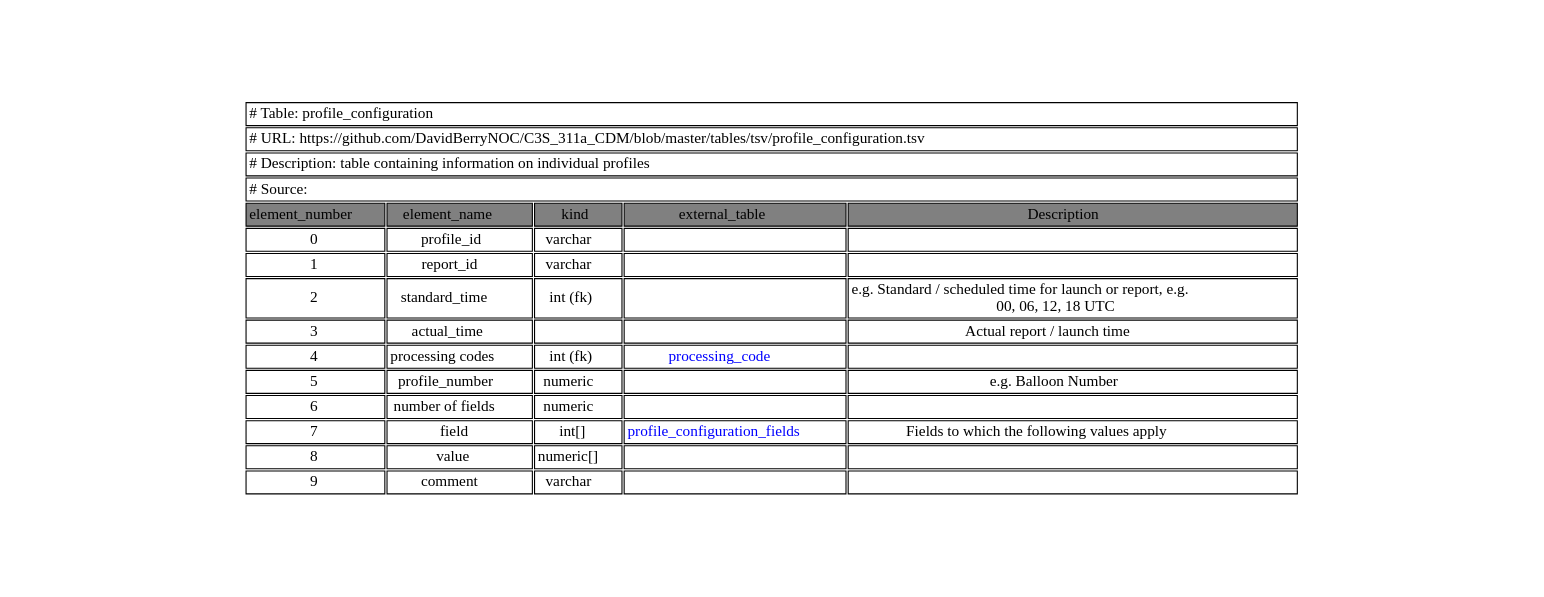
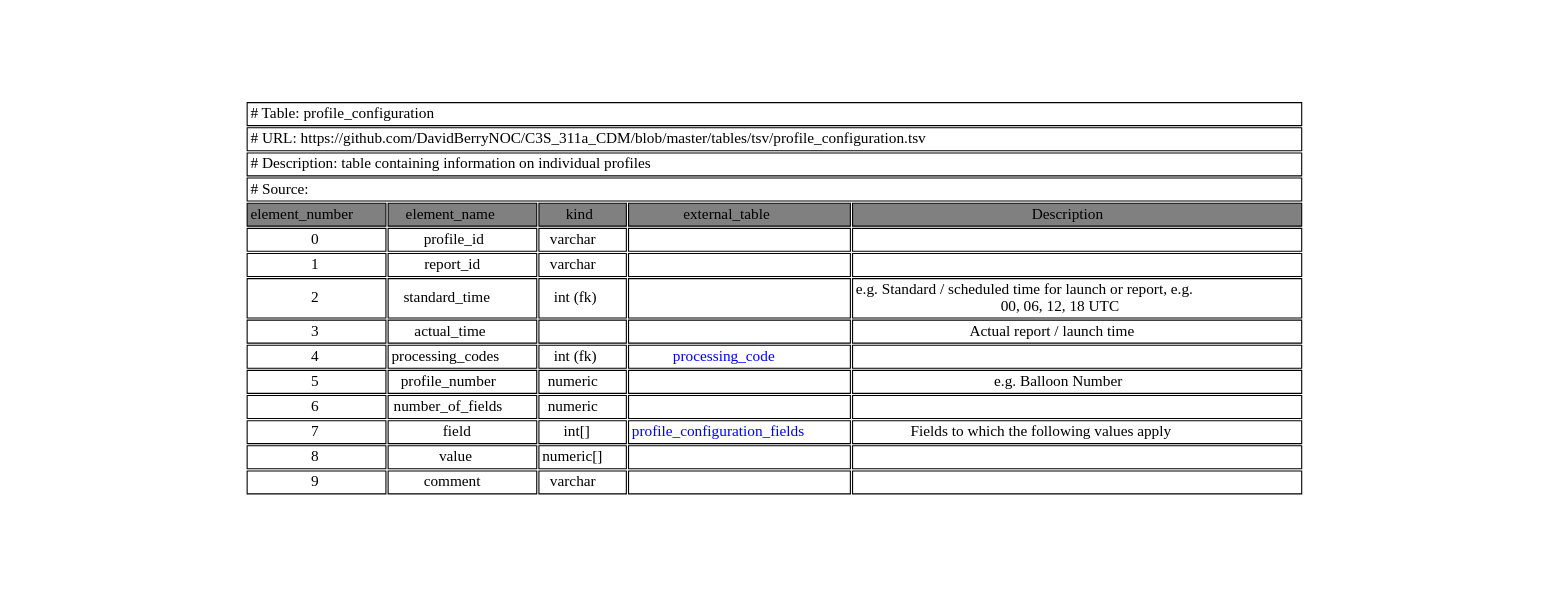
Before and after one commit to glamod/common_data_model: the diagram in graphviz/profile_configuration.gv, drawn with Graphviz. The commit also changed 79 other files, not shown here.

```diff
--- a/graphviz/profile_configuration.gv
+++ b/graphviz/profile_configuration.gv
@@ -1,20 +1,20 @@
 digraph profile_configuration {
 node [color=white]
 profile_configuration [label=<<TABLE BORDER="0" CELLBORDER="1" CELLSPACING="2" COLOR="BLACK">
 <TR><TD COLSPAN="5" ALIGN="left" PORT="head"># Table: profile_configuration</TD></TR>
 <TR><TD COLSPAN="5" ALIGN="left"># URL: https://github.com/DavidBerryNOC/C3S_311a_CDM/blob/master/tables/tsv/profile_configuration.tsv</TD></TR>
 <TR><TD ALIGN="left" COLSPAN="5"># Description: table containing information on individual profiles</TD></TR>
 <TR><TD ALIGN="left" COLSPAN="5"># Source:</TD></TR>
 <TR><TD BGCOLOR="GRAY">element_number</TD><TD BGCOLOR="GRAY">element_name</TD><TD BGCOLOR="GRAY">kind</TD><TD BGCOLOR="GRAY">external_table</TD><TD BGCOLOR="GRAY">Description</TD></TR>
 <TR><TD PORT="profile_idL">0</TD><TD>profile_id </TD><TD>varchar </TD><TD></TD><TD PORT="profile_idR"></TD></TR>
 <TR><TD PORT="report_idL">1</TD><TD>report_id </TD><TD>varchar </TD><TD></TD><TD PORT="report_idR"></TD></TR>
 <TR><TD PORT="standard_timeL">2</TD><TD>standard_time </TD><TD>int (fk) </TD><TD></TD><TD PORT="standard_timeR">e.g. Standard / scheduled time for launch or report, e.g. <BR/>00, 06, 12, 18 UTC </TD></TR>
 <TR><TD PORT="actual_timeL">3</TD><TD>actual_time </TD><TD></TD><TD></TD><TD PORT="actual_timeR">Actual report / launch time </TD></TR>
-<TR><TD PORT="processing codesL">4</TD><TD>processing codes </TD><TD>int (fk) </TD><TD HREF="https://github.com/DavidBerryNOC/C3S_311a_CDM/blob/master/tables/tsv/processing_code.tsv"><FONT color="blue">processing_code </FONT></TD><TD PORT="processing codesR"></TD></TR>
+<TR><TD PORT="processing_codesL">4</TD><TD>processing_codes </TD><TD>int (fk) </TD><TD HREF="https://github.com/DavidBerryNOC/C3S_311a_CDM/blob/master/tables/tsv/processing_code.tsv"><FONT color="blue">processing_code </FONT></TD><TD PORT="processing_codesR"></TD></TR>
 <TR><TD PORT="profile_numberL">5</TD><TD>profile_number </TD><TD>numeric </TD><TD></TD><TD PORT="profile_numberR">e.g. Balloon Number </TD></TR>
-<TR><TD PORT="number of fieldsL">6</TD><TD>number of fields </TD><TD>numeric </TD><TD></TD><TD PORT="number of fieldsR"></TD></TR>
+<TR><TD PORT="number_of_fieldsL">6</TD><TD>number_of_fields </TD><TD>numeric </TD><TD></TD><TD PORT="number_of_fieldsR"></TD></TR>
 <TR><TD PORT="fieldL">7</TD><TD>field </TD><TD>int[] </TD><TD HREF="https://github.com/DavidBerryNOC/C3S_311a_CDM/blob/master/tables/tsv/profile_configuration_fields.tsv"><FONT color="blue">profile_configuration_fields </FONT></TD><TD PORT="fieldR">Fields to which the following values apply </TD></TR>
 <TR><TD PORT="valueL">8</TD><TD>value </TD><TD>numeric[] </TD><TD></TD><TD PORT="valueR"></TD></TR>
 <TR><TD PORT="commentL">9</TD><TD>comment </TD><TD>varchar </TD><TD></TD><TD PORT="commentR"></TD></TR>
 </TABLE>>];
 }
```
